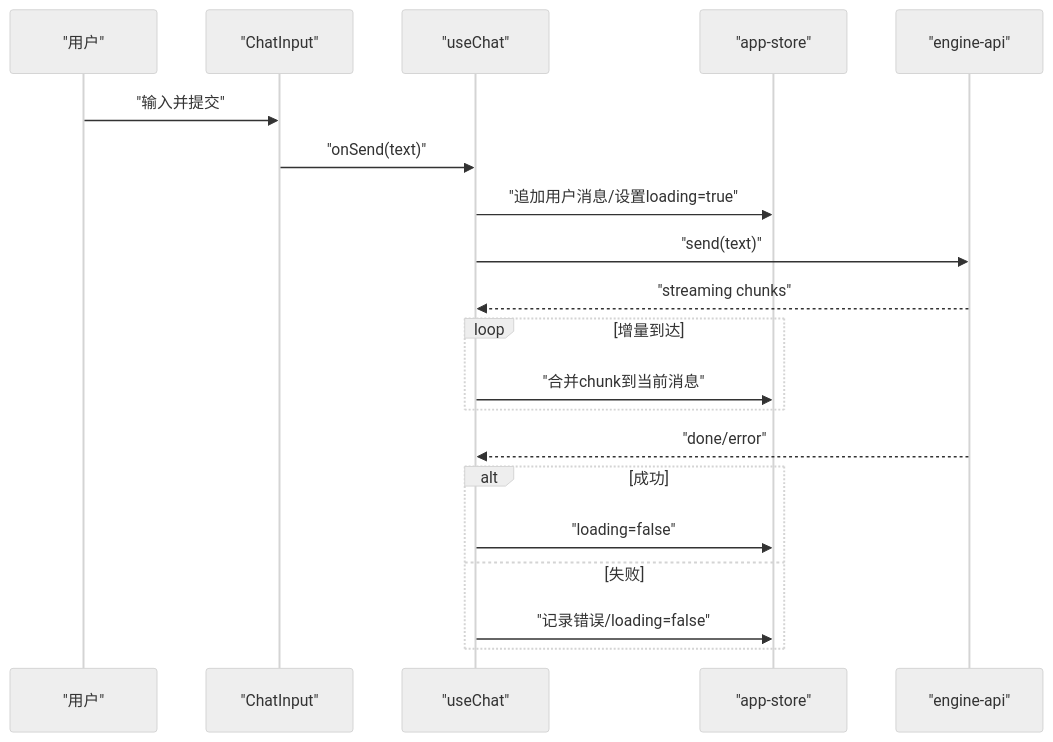
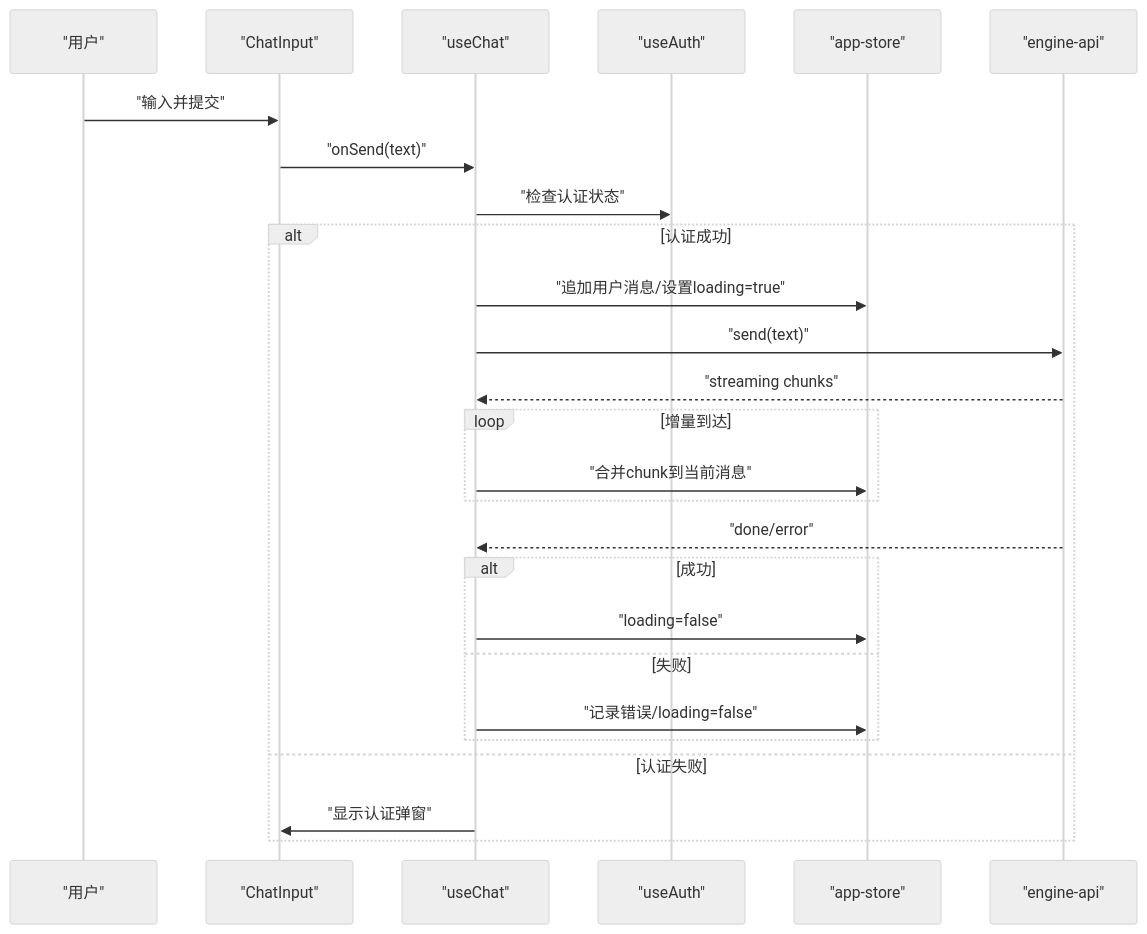
Before and after one commit to kkutysllb/KCoder: the fourth of 8 diagrams in .qoder/repowiki/zh/content/前端架构/状态管理.md, drawn with Mermaid (neutral theme). The commit also changed other lines of this file and 141 other files, not shown here.

````diff
--- a/.qoder/repowiki/zh/content/前端架构/状态管理.md
+++ b/.qoder/repowiki/zh/content/前端架构/状态管理.md
@@ -172,22 +214,28 @@
 ```mermaid
 sequenceDiagram
 participant U as "用户"
 participant I as "ChatInput"
 participant H as "useChat"
+participant A as "useAuth"
 participant S as "app-store"
-participant A as "engine-api"
+participant E as "engine-api"
 U->>I : "输入并提交"
 I->>H : "onSend(text)"
+H->>A : "检查认证状态"
+alt 认证成功
 H->>S : "追加用户消息/设置loading=true"
-H->>A : "send(text)"
-A-->>H : "streaming chunks"
+H->>E : "send(text)"
+E-->>H : "streaming chunks"
 loop 增量到达
 H->>S : "合并chunk到当前消息"
 end
-A-->>H : "done/error"
+E-->>H : "done/error"
 alt 成功
 H->>S : "loading=false"
 else 失败
 H->>S : "记录错误/loading=false"
 end
+else 认证失败
+H->>I : "显示认证弹窗"
+end
 ```
````
